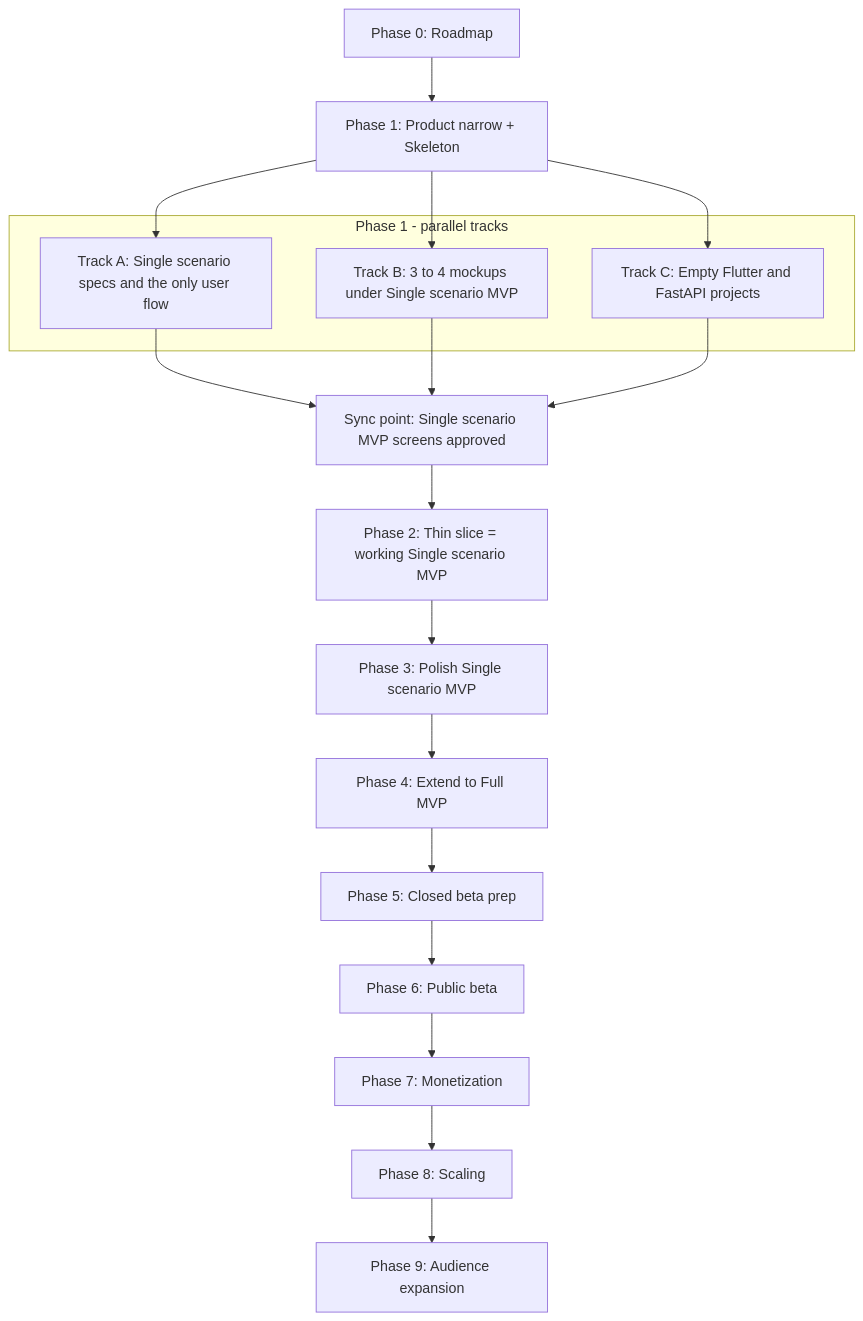
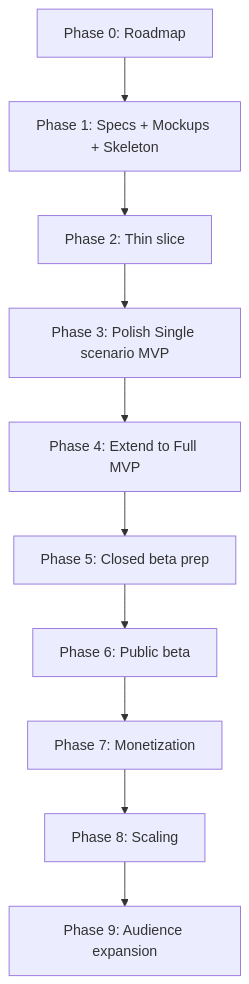
One commit to nazarova90-beep/upr changed the diagram in docs/exec-plans/active/roadmap.md. Above: the diagram before and after it, drawn with Mermaid. The commit also changed other lines of this file and 21 other files, not shown here.

````diff
--- a/docs/exec-plans/active/roadmap.md
+++ b/docs/exec-plans/active/roadmap.md
@@ -233,27 +150,12 @@
 ```mermaid
 flowchart TD
-    Phase0[Phase 0: Roadmap] --> Phase1[Phase 1: Product narrow + Skeleton]
-
-    subgraph Phase1Tracks [Phase 1 - parallel tracks]
-        TrackA[Track A: Single scenario specs and the only user flow]
-        TrackB[Track B: 3 to 4 mockups under Single scenario MVP]
-        TrackC[Track C: Empty Flutter and FastAPI projects]
-    end
-
-    Phase1 --> TrackA
-    Phase1 --> TrackB
-    Phase1 --> TrackC
-
-    TrackA --> Sync[Sync point: Single scenario MVP screens approved]
-    TrackB --> Sync
-    TrackC --> Sync
-
-    Sync --> Phase2[Phase 2: Thin slice = working Single scenario MVP]
+    Phase0[Phase 0: Roadmap] --> Phase1[Phase 1: Specs + Mockups + Skeleton]
+    Phase1 --> Phase2[Phase 2: Thin slice]
     Phase2 --> Phase3[Phase 3: Polish Single scenario MVP]
     Phase3 --> Phase4[Phase 4: Extend to Full MVP]
     Phase4 --> Phase5[Phase 5: Closed beta prep]
     Phase5 --> Phase6[Phase 6: Public beta]
     Phase6 --> Phase7[Phase 7: Monetization]
     Phase7 --> Phase8[Phase 8: Scaling]
     Phase8 --> Phase9[Phase 9: Audience expansion]
 ```
````
